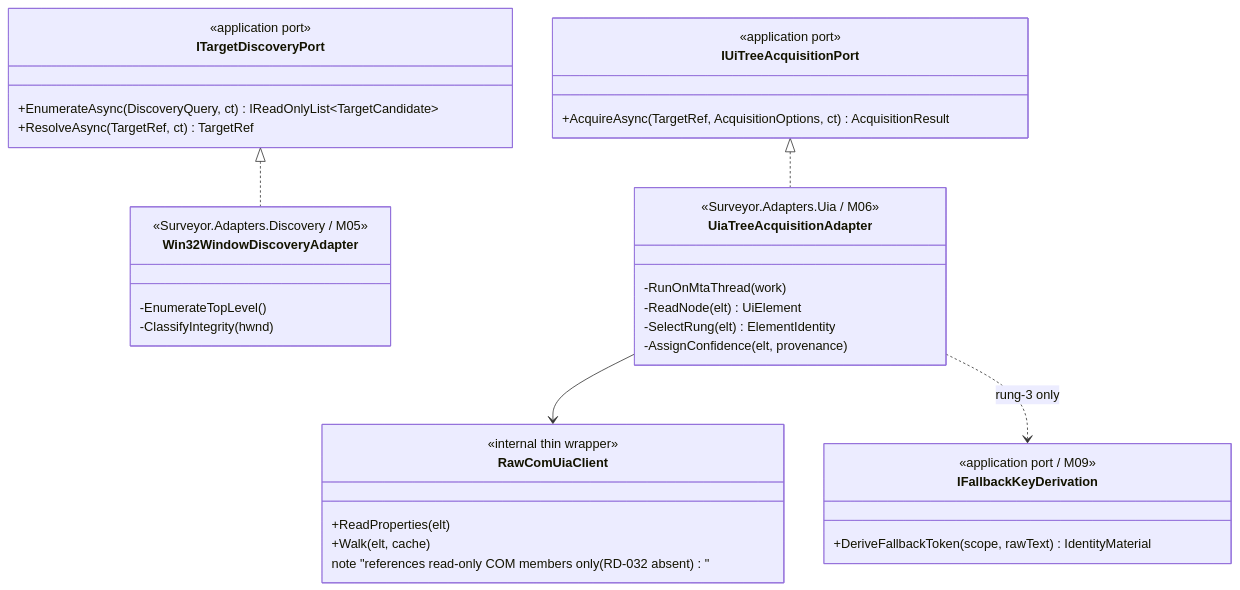
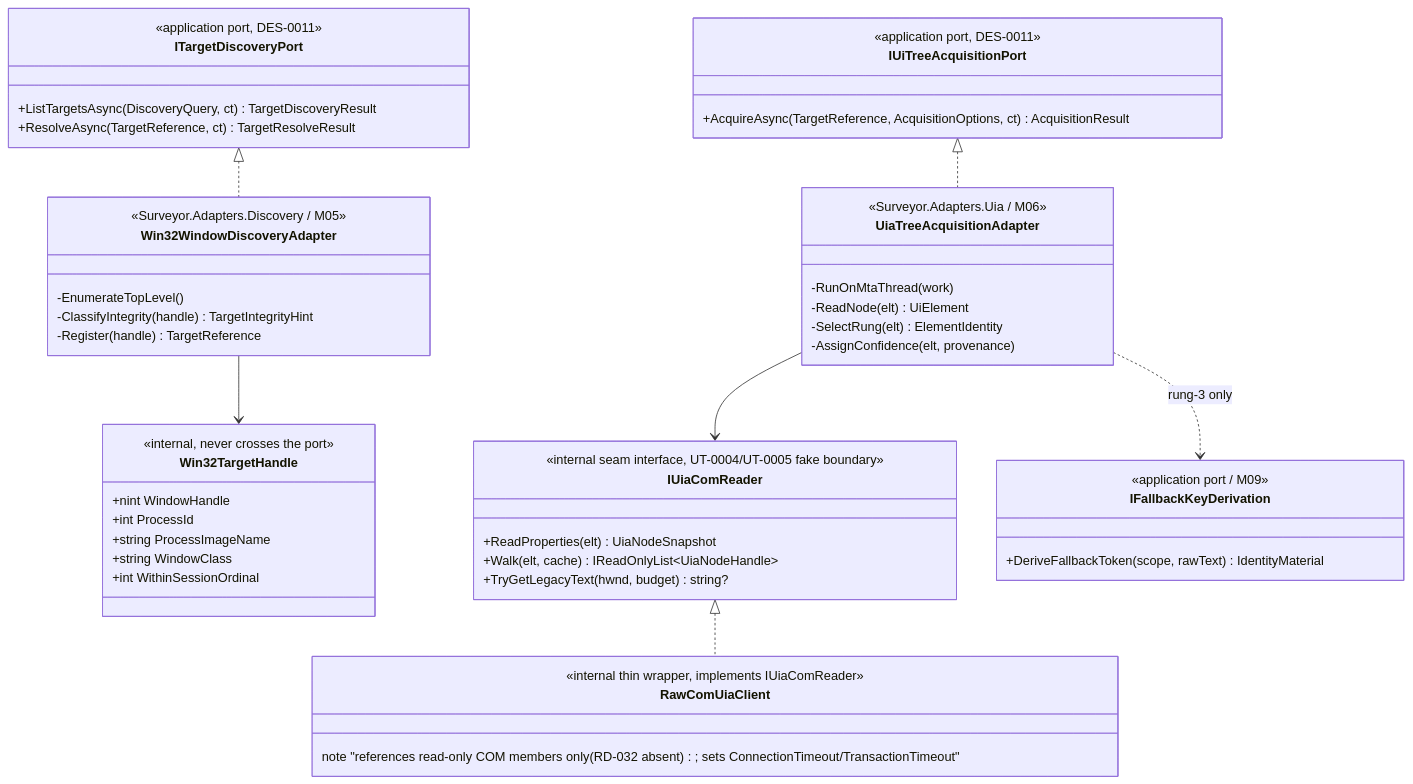
The first of 2 diagrams in knowledge/design/des-0014-discovery-uia-msaa-acquisition-and-read-only-audit.md (urario/Surveyor), drawn with Mermaid before and after one commit. The commit also changed other lines of this file, not shown here.

First line of the commit message:
docs: align DES-0014 port/DTO contracts with DES-0011

````diff
--- a/knowledge/design/des-0014-discovery-uia-msaa-acquisition-and-read-only-audit.md
+++ b/knowledge/design/des-0014-discovery-uia-msaa-acquisition-and-read-only-audit.md
@@ -206,38 +209,53 @@
 ```mermaid
 classDiagram
     class ITargetDiscoveryPort {
-      <<application port>>
-      +EnumerateAsync(DiscoveryQuery, ct) IReadOnlyList~TargetCandidate~
-      +ResolveAsync(TargetRef, ct) TargetRef
+      <<application port, DES-0011>>
+      +ListTargetsAsync(DiscoveryQuery, ct) TargetDiscoveryResult
+      +ResolveAsync(TargetReference, ct) TargetResolveResult
     }
     class IUiTreeAcquisitionPort {
-      <<application port>>
-      +AcquireAsync(TargetRef, AcquisitionOptions, ct) AcquisitionResult
+      <<application port, DES-0011>>
+      +AcquireAsync(TargetReference, AcquisitionOptions, ct) AcquisitionResult
     }
     class Win32WindowDiscoveryAdapter {
       <<Surveyor.Adapters.Discovery / M05>>
       -EnumerateTopLevel()
-      -ClassifyIntegrity(hwnd)
+      -ClassifyIntegrity(handle) TargetIntegrityHint
+      -Register(handle) TargetReference
+    }
+    class Win32TargetHandle {
+      <<internal, never crosses the port>>
+      +nint WindowHandle
+      +int ProcessId
+      +string ProcessImageName
+      +string WindowClass
+      +int WithinSessionOrdinal
     }
     class UiaTreeAcquisitionAdapter {
       <<Surveyor.Adapters.Uia / M06>>
       -RunOnMtaThread(work)
       -ReadNode(elt) UiElement
       -SelectRung(elt) ElementIdentity
       -AssignConfidence(elt, provenance)
     }
+    class IUiaComReader {
+      <<internal seam interface, UT-0004/UT-0005 fake boundary>>
+      +ReadProperties(elt) UiaNodeSnapshot
+      +Walk(elt, cache) IReadOnlyList~UiaNodeHandle~
+      +TryGetLegacyText(hwnd, budget) string?
+    }
     class RawComUiaClient {
-      <<internal thin wrapper>>
-      +ReadProperties(elt)
-      +Walk(elt, cache)
-      note "references read-only COM members only (RD-032 absent)"
+      <<internal thin wrapper, implements IUiaComReader>>
+      note "references read-only COM members only (RD-032 absent); sets ConnectionTimeout/TransactionTimeout"
     }
     class IFallbackKeyDerivation {
       <<application port / M09>>
       +DeriveFallbackToken(scope, rawText) IdentityMaterial
     }
     ITargetDiscoveryPort <|.. Win32WindowDiscoveryAdapter
+    Win32WindowDiscoveryAdapter --> Win32TargetHandle
     IUiTreeAcquisitionPort <|.. UiaTreeAcquisitionAdapter
-    UiaTreeAcquisitionAdapter --> RawComUiaClient
+    IUiaComReader <|.. RawComUiaClient
+    UiaTreeAcquisitionAdapter --> IUiaComReader
     UiaTreeAcquisitionAdapter ..> IFallbackKeyDerivation : rung-3 only
 ```
````
